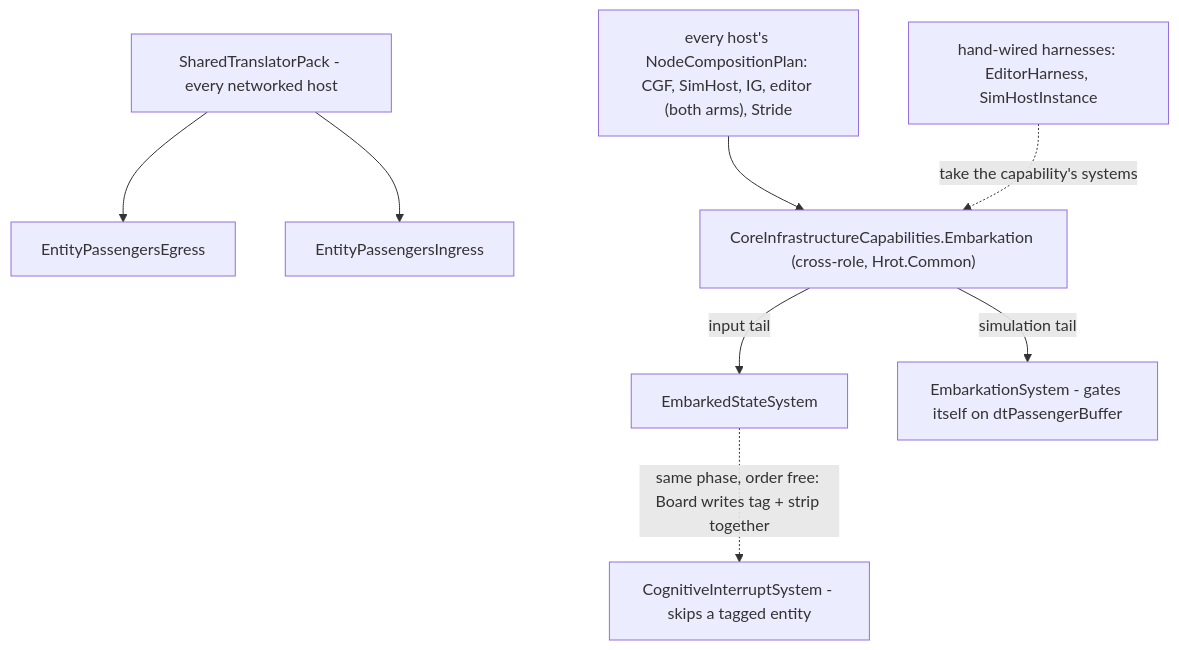
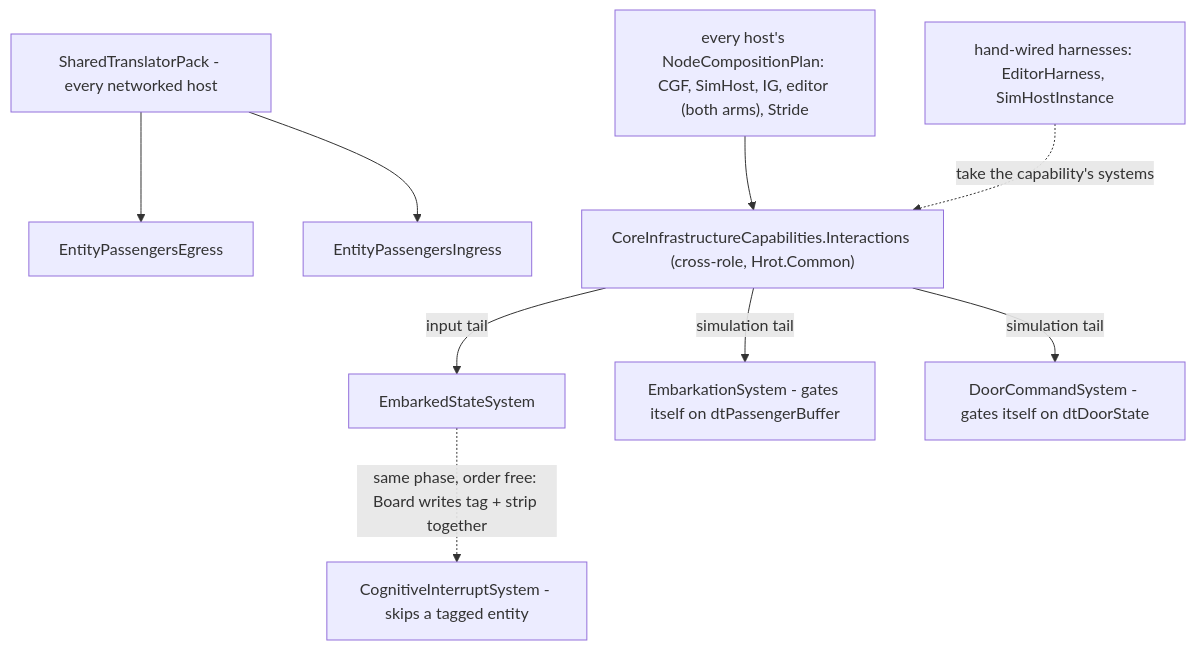
Before and after one commit to pjanec/HROT: the ninth of 10 diagrams in docs/DESIGN_Entity_Interactions.md, drawn with Mermaid. The commit also changed other lines of this file and 16 other files, not shown here.

````diff
--- a/docs/DESIGN_Entity_Interactions.md
+++ b/docs/DESIGN_Entity_Interactions.md
@@ -347,10 +347,11 @@
 ```mermaid
 graph TD
   SP[SharedTranslatorPack - every networked host] --> EG[EntityPassengersEgress]
   SP --> IN[EntityPassengersIngress]
-  PLAN["every host's NodeCompositionPlan: CGF, SimHost, IG, editor (both arms), Stride"] --> CAP["CoreInfrastructureCapabilities.Embarkation (cross-role, Hrot.Common)"]
+  PLAN["every host's NodeCompositionPlan: CGF, SimHost, IG, editor (both arms), Stride"] --> CAP["CoreInfrastructureCapabilities.Interactions (cross-role, Hrot.Common)"]
   CAP -->|"input tail"| ES[EmbarkedStateSystem]
   CAP -->|"simulation tail"| EA[EmbarkationSystem - gates itself on dtPassengerBuffer]
+  CAP -->|"simulation tail"| DC[DoorCommandSystem - gates itself on dtDoorState]
   ES -.->|"same phase, order free: Board writes tag + strip together"| CIS[CognitiveInterruptSystem - skips a tagged entity]
   HAR["hand-wired harnesses: EditorHarness, SimHostInstance"] -.->|"take the capability's systems"| CAP
 ```
````
